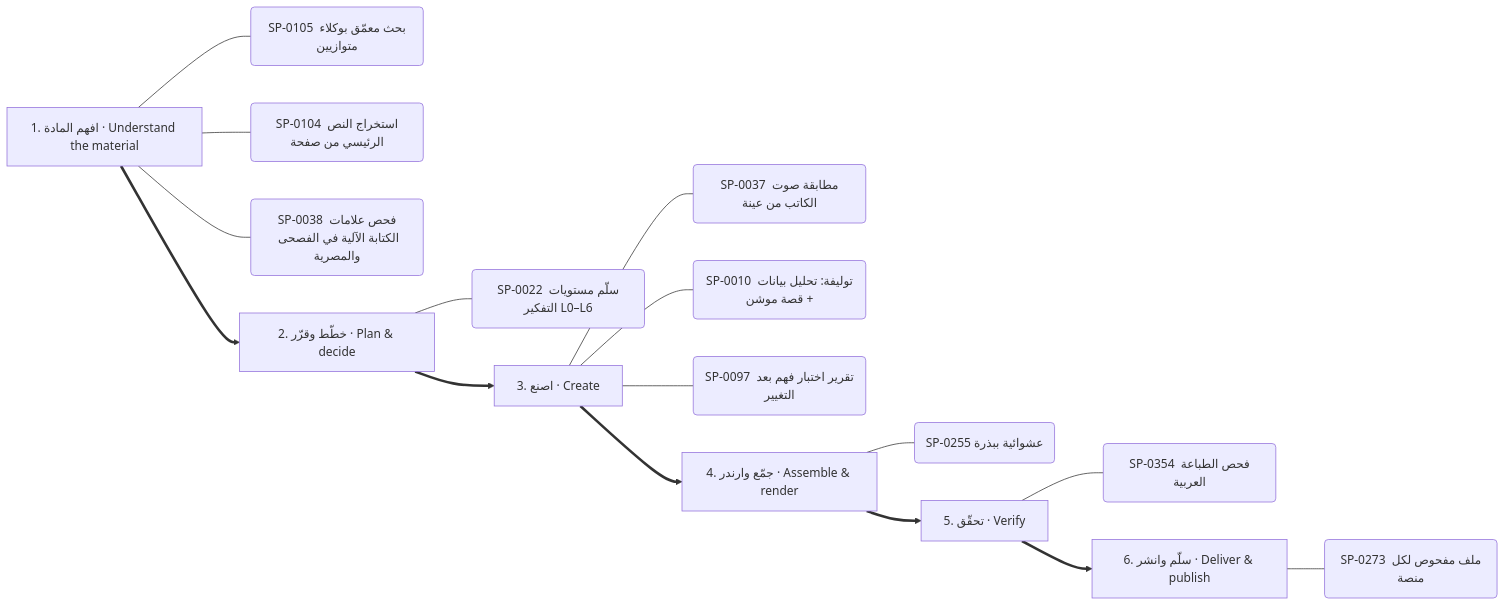
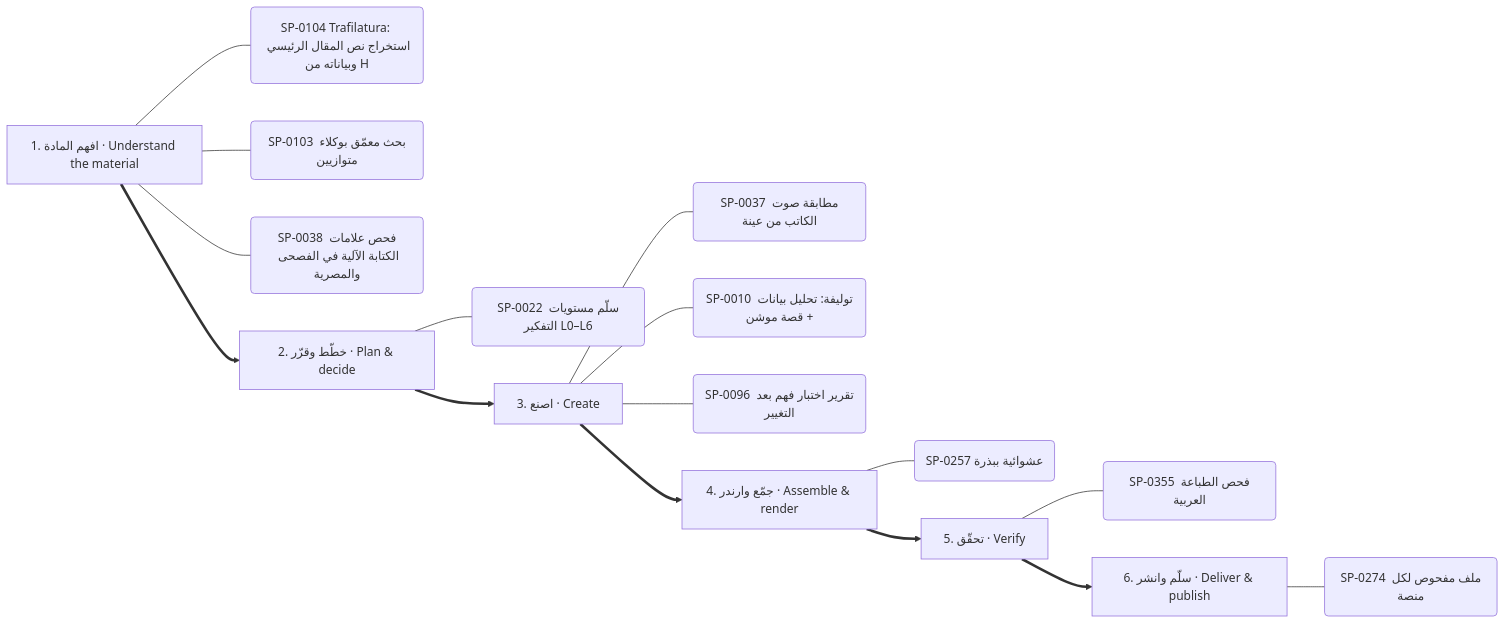
Diagram 13 of 13 in .claude/skills/kosif-superpowers/references/capability-mindmap.md (kosif199022-jpg/kosif-tool), drawn with Mermaid before and after one commit. The commit also changed other lines of this file and 35 other files, not shown here.

````diff
--- a/.claude/skills/kosif-superpowers/references/capability-mindmap.md
+++ b/.claude/skills/kosif-superpowers/references/capability-mindmap.md
@@ -637,24 +636,24 @@
 ```mermaid
 flowchart LR
   S0["1. افهم المادة · Understand the material"]
-  S0 --- S0_0("SP-0105 بحث معمّق بوكلاء متوازيين")
-  S0 --- S0_1("SP-0104 استخراج النص الرئيسي من صفحة")
+  S0 --- S0_0("SP-0104 Trafilatura: استخراج نص المقال الرئيسي وبياناته من H")
+  S0 --- S0_1("SP-0103 بحث معمّق بوكلاء متوازيين")
   S0 --- S0_2("SP-0038 فحص علامات الكتابة الآلية في الفصحى والمصرية")
   S1["2. خطّط وقرّر · Plan & decide"]
   S1 --- S1_0("SP-0022 سلّم مستويات التفكير L0–L6")
   S0 ==> S1
   S2["3. اصنع · Create"]
   S2 --- S2_0("SP-0037 مطابقة صوت الكاتب من عينة")
   S2 --- S2_1("SP-0010 توليفة: تحليل بيانات + قصة موشن")
-  S2 --- S2_2("SP-0097 تقرير اختبار فهم بعد التغيير")
+  S2 --- S2_2("SP-0096 تقرير اختبار فهم بعد التغيير")
   S1 ==> S2
   S3["4. جمّع وارندر · Assemble & render"]
-  S3 --- S3_0("SP-0255 عشوائية ببذرة")
+  S3 --- S3_0("SP-0257 عشوائية ببذرة")
   S2 ==> S3
   S4["5. تحقّق · Verify"]
-  S4 --- S4_0("SP-0354 فحص الطباعة العربية")
+  S4 --- S4_0("SP-0355 فحص الطباعة العربية")
   S3 ==> S4
   S5["6. سلّم وانشر · Deliver & publish"]
-  S5 --- S5_0("SP-0273 ملف مفحوص لكل منصة")
+  S5 --- S5_0("SP-0274 ملف مفحوص لكل منصة")
   S4 ==> S5
 ```
````
